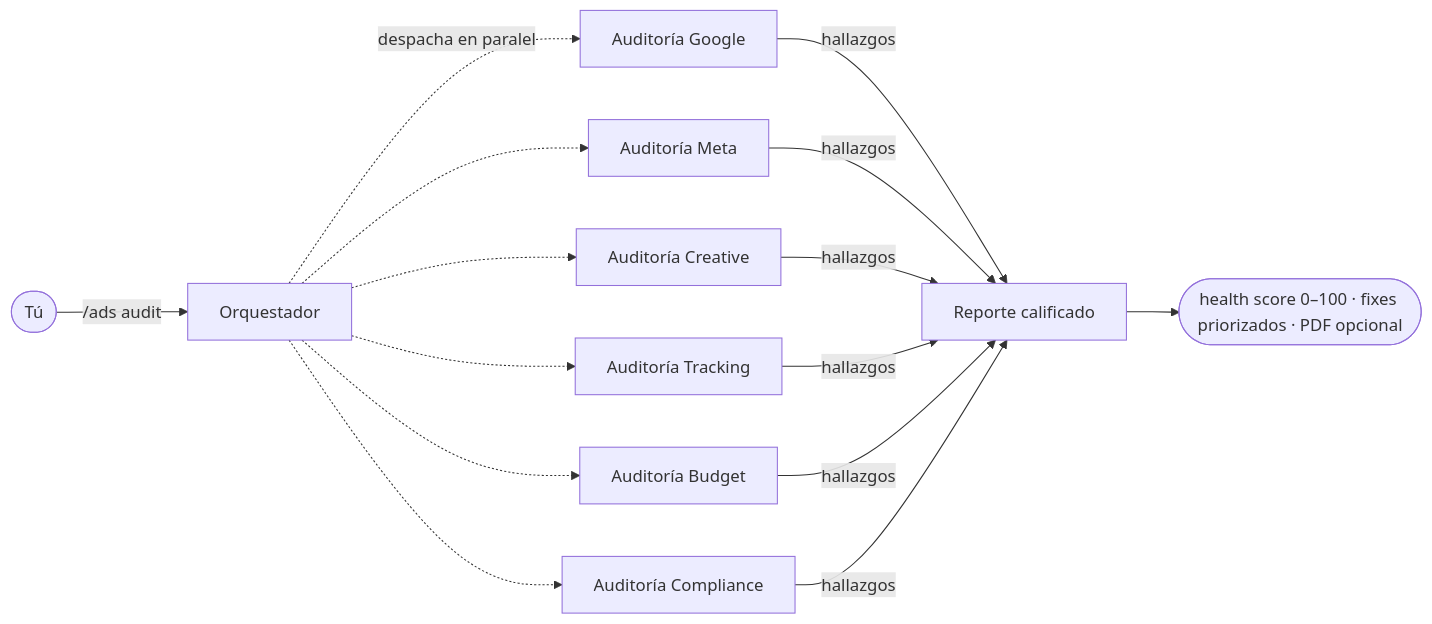
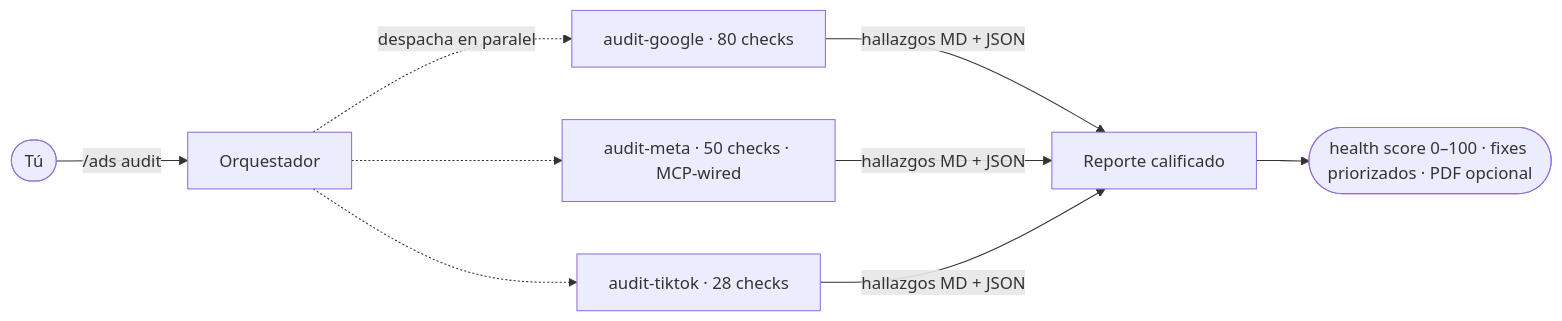
One commit to Hainrixz/claude-ads changed the diagram in README.es.md. Above: the diagram before and after it, drawn with Mermaid. The commit also changed other lines of this file and 1 other file, not shown here.

Commit message:
docs: README — fix stale 6-agent mermaid + 12-templates count + Zernio heading
Post-v2.3.0 audit pass on README EN + ES found 4 stale-content bugs:

1. 'How it works' mermaid diagram + prose described the legacy 6-agent
   architecture (Google · Meta · Creative · Tracking · Budget · Compliance)
   from v2.2.x. Updated to the v2.3.0 reality: 3 deep-specialist agents
   (audit-google 80 checks, audit-meta 50 checks MCP-wired, audit-tiktok
   28 checks). Prose explicitly notes the dual MD + JSON output contract.

2. Strategy row in 'What you can run' table said '12 industry templates'.
   The v2.3.0 scope refocus deleted 4 templates (saas, b2b-enterprise,
   info-products, mobile-app). Corrected to 8.

3. '/ads publish' section heading read '(paid optional)' / '(pagado opcional)'
   which contradicts Zernio's free tier (first 2 connected accounts free
   forever). Dropped the misleading parenthetical from the heading; the
   body fully explains the free + paid tiers.

4. Anchor links to /ads publish updated to match the new heading slug
   so the in-README jump still works.

EN + ES kept in section-count parity (18 / 18). 141 tests pass.

````diff
--- a/README.es.md
+++ b/README.es.md
@@ -69,12 +69,9 @@
 ```mermaid
 flowchart LR
   U([Tú]) -->|/ads audit| O[Orquestador]
-  O -.despacha en paralelo.-> G[Auditoría Google]
-  O -.-> M[Auditoría Meta]
-  O -.-> C[Auditoría Creative]
-  O -.-> T[Auditoría Tracking]
-  O -.-> B[Auditoría Budget]
-  O -.-> X[Auditoría Compliance]
-  G & M & C & T & B & X -->|hallazgos| S[Reporte calificado]
+  O -.despacha en paralelo.-> G[audit-google · 80 checks]
+  O -.-> M[audit-meta · 50 checks · MCP-wired]
+  O -.-> T[audit-tiktok · 28 checks]
+  G & M & T -->|hallazgos MD + JSON| S[Reporte calificado]
   S --> R([health score 0–100 · fixes priorizados · PDF opcional])
 ```
````
